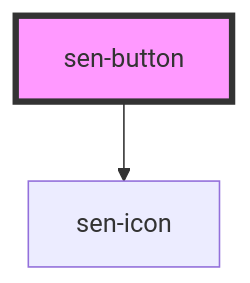
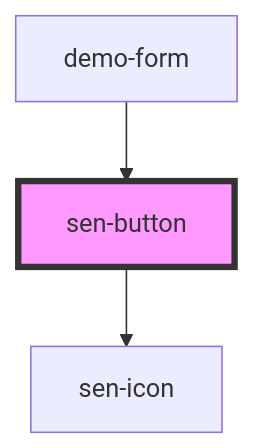
Before and after one commit to senna-ui/senna: the diagram in core/src/components/button/readme.md, drawn with Mermaid. The commit also changed other lines of this file and 8 other files, not shown here.

````diff
--- a/core/src/components/button/readme.md
+++ b/core/src/components/button/readme.md
@@ -45,5 +49,6 @@
 ```mermaid
 graph TD;
   sen-button --> sen-icon
+  demo-form --> sen-button
   style sen-button fill:#f9f,stroke:#333,stroke-width:4px
 ```
````
